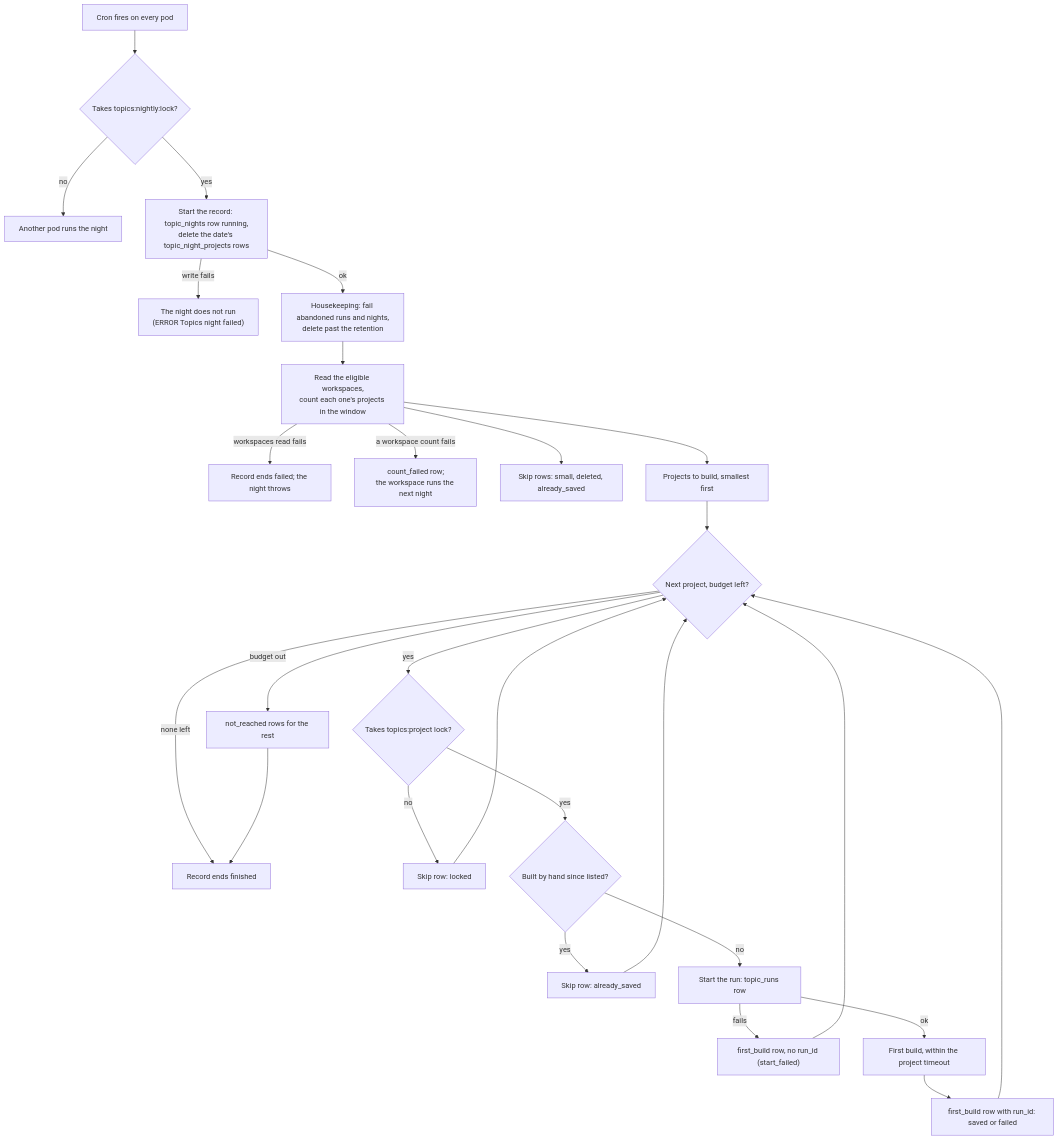
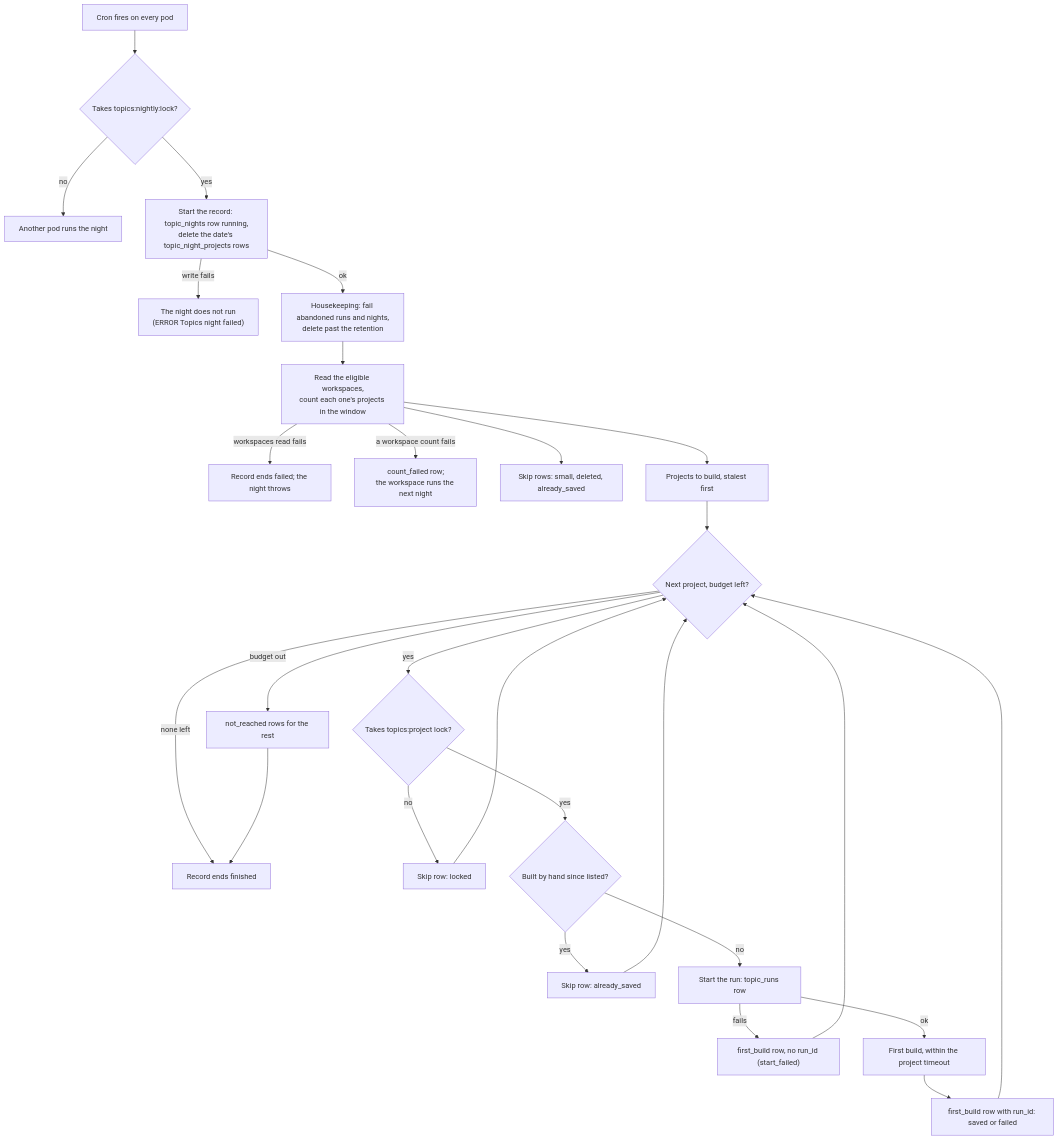
The diagram in apps/opik-backend/docs/ai-labels-runbook.md (comet-ml/opik), drawn with Mermaid before and after one commit. The commit also changed other lines of this file and 2 other files, not shown here.

Commit message:
[OPIK-8987] [BE] fix(topics): the night runs the stalest list first, by window_until, then the fewest vectors

````diff
--- a/apps/opik-backend/docs/ai-labels-runbook.md
+++ b/apps/opik-backend/docs/ai-labels-runbook.md
@@ -351,29 +351,29 @@
 ```mermaid
 flowchart TD
     A["Cron fires on every pod"] --> B{"Takes topics:nightly:lock?"}
     B -->|no| B1["Another pod runs the night"]
     B -->|yes| C["Start the record: topic_nights row running,<br/>delete the date's topic_night_projects rows"]
     C -->|write fails| C1["The night does not run<br/>(ERROR Topics night failed)"]
     C -->|ok| D["Housekeeping: fail abandoned runs and nights,<br/>delete past the retention"]
     D --> E["Read the eligible workspaces,<br/>count each one's projects in the window"]
     E -->|workspaces read fails| E1["Record ends failed; the night throws"]
     E -->|a workspace count fails| E2["count_failed row;<br/>the workspace runs the next night"]
     E --> F["Skip rows: small, deleted, already_saved"]
-    E --> G["Projects to build, smallest first"]
+    E --> G["Projects to build, stalest first"]
     G --> H{"Next project, budget left?"}
     H -->|budget out| H1["not_reached rows for the rest"]
     H -->|none left| M["Record ends finished"]
     H1 --> M
     H -->|yes| I{"Takes topics:project lock?"}
     I -->|no| I1["Skip row: locked"]
     I -->|yes| I2{"Built by hand since listed?"}
     I2 -->|yes| I3["Skip row: already_saved"]
     I2 -->|no| J["Start the run: topic_runs row"]
     J -->|fails| J1["first_build row, no run_id (start_failed)"]
     J -->|ok| K["First build, within the project timeout"]
     K --> L["first_build row with run_id: saved or failed"]
     L --> H
     I1 --> H
     I3 --> H
     J1 --> H
 ```
````
